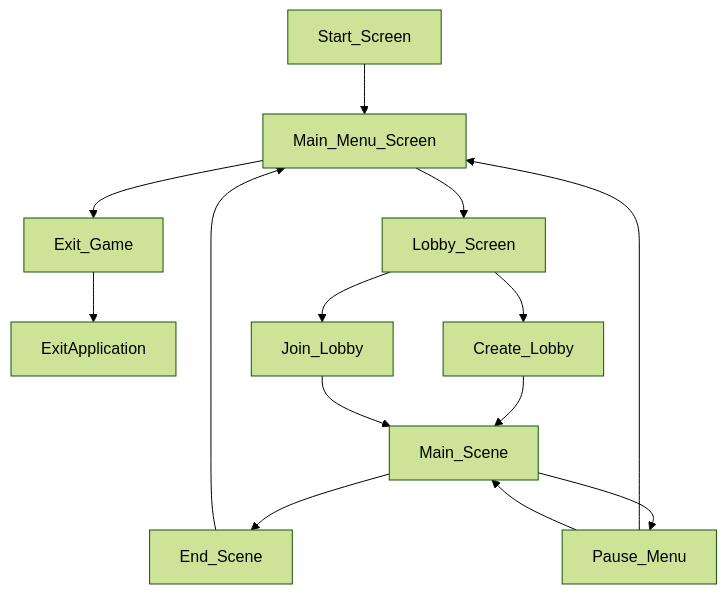
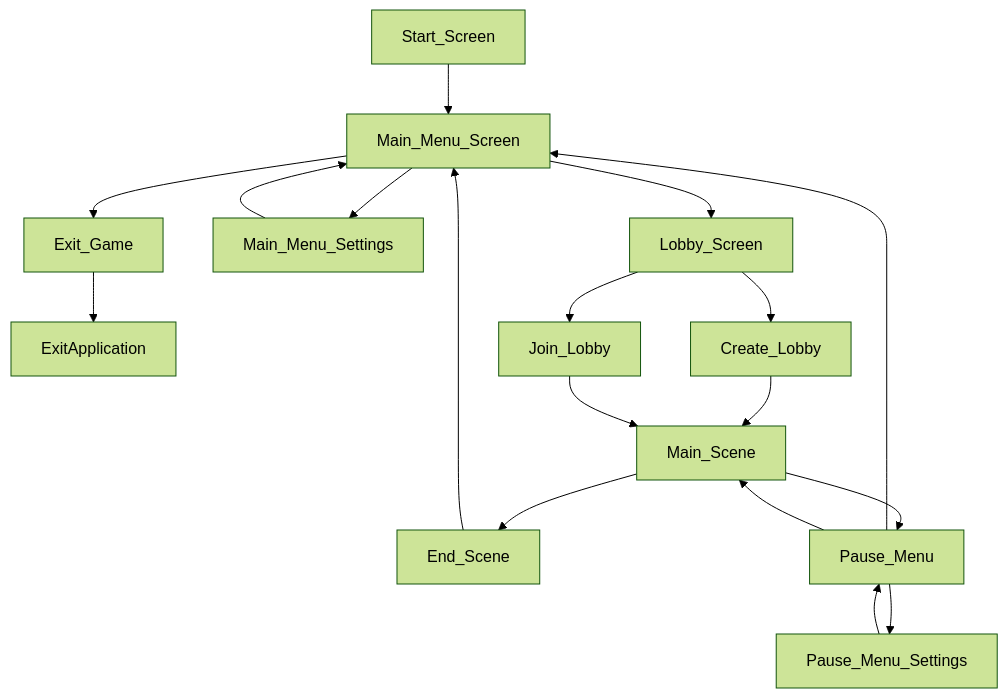
Before and after one commit to overlord-supreme/checkers: the diagram in docs/requirements/6-ui.md, drawn with Mermaid (forest theme). The commit also changed other lines of this file and 6 other files, not shown here.

````diff
--- a/docs/requirements/6-ui.md
+++ b/docs/requirements/6-ui.md
@@ -68,16 +71,20 @@
 ```mermaid
 graph TD;
      Start_Screen-->Main_Menu_Screen;
      Main_Menu_Screen-->Exit_Game;
+     Main_Menu_Screen-->Main_Menu_Settings;
+     Main_Menu_Settings-->Main_Menu_Screen;
      Exit_Game-->ExitApplication
      Main_Menu_Screen-->Lobby_Screen;
      Lobby_Screen-->Create_Lobby;
      Lobby_Screen-->Join_Lobby;
      Create_Lobby-->Main_Scene;
      Join_Lobby-->Main_Scene;
      Main_Scene-->End_Scene;
      Main_Scene-->Pause_Menu;
+     Pause_Menu-->Pause_Menu_Settings;
+     Pause_Menu_Settings-->Pause_Menu;
      Pause_Menu-->Main_Menu_Screen;
      Pause_Menu-->Main_Scene;
      End_Scene-->Main_Menu_Screen;
 ```
````
